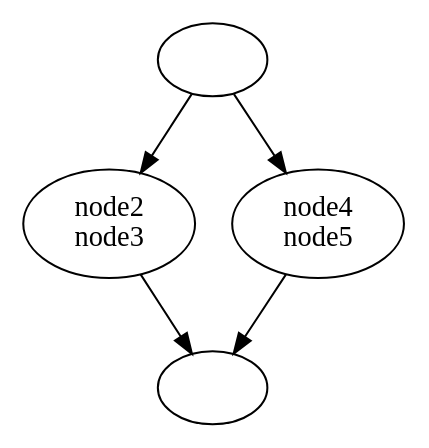
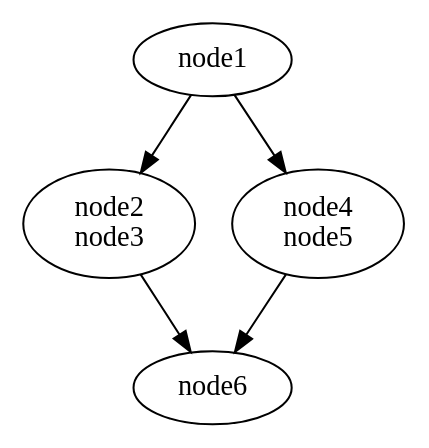
Before and after one commit to GSI-CS-CO/bel_projects: the diagram in modules/ftm/doc/ReplaceChainByVertex/parallel2x2-compact.dot, drawn with Graphviz. The commit also changed 4 other files, not shown here.

```diff
--- a/modules/ftm/doc/ReplaceChainByVertex/parallel2x2-compact.dot
+++ b/modules/ftm/doc/ReplaceChainByVertex/parallel2x2-compact.dot
@@ -1,18 +1,18 @@
 digraph G {
 graph [
 _draw_=""
 bb=""
 name="parallel2x2-compact"
 xdotversion=""
 ]
-0 [_draw_="", _hdraw_="", _ldraw_="", beamin="", beamproc="", bpcstart="", bpentry="", bpexit="", bpid="", clear="", dst="", evtno="", fid="", gid="", height="", id="", label="", ovr="", par="", patentry="", patexit="", pattern="", pos="", prio="", qhi="", qil="", qlo="", reps="", reqnobeam="", res="", sid="", tabs="", target="", tef="", toffs="", tperiod="", tvalid="", twait="", type="", vacc="", wabs="", width=""];
-1 [_draw_="", _hdraw_="", _ldraw_="", beamin="", beamproc="", bpcstart="", bpentry="", bpexit="", bpid="", clear="", dst="", evtno="", fid="", gid="", height="", id="", label="", ovr="", par="", patentry="", patexit="", pattern="", pos="", prio="", qhi="", qil="", qlo="", reps="", reqnobeam="", res="", sid="", tabs="", target="", tef="", toffs="", tperiod="", tvalid="", twait="", type="", vacc="", wabs="", width=""];
-2 [_draw_="", _hdraw_="", _ldraw_="", beamin="", beamproc="", bpcstart="", bpentry="", bpexit="", bpid="", clear="", dst="", evtno="", fid="", gid="", height="", id="", label="node2
-node3", ovr="", par="", patentry="", patexit="", pattern="", pos="", prio="", qhi="", qil="", qlo="", reps="", reqnobeam="", res="", sid="", tabs="", target="", tef="", toffs="", tperiod="", tvalid="", twait="", type="", vacc="", wabs="", width=""];
-3 [_draw_="", _hdraw_="", _ldraw_="", beamin="", beamproc="", bpcstart="", bpentry="", bpexit="", bpid="", clear="", dst="", evtno="", fid="", gid="", height="", id="", label="node4
-node5", ovr="", par="", patentry="", patexit="", pattern="", pos="", prio="", qhi="", qil="", qlo="", reps="", reqnobeam="", res="", sid="", tabs="", target="", tef="", toffs="", tperiod="", tvalid="", twait="", type="", vacc="", wabs="", width=""];
-0->2  [_draw_="", _hdraw_="", pos="", type=""];
-2->1  [_draw_="", _hdraw_="", pos="", type=""];
-0->3  [_draw_="", _hdraw_="", pos="", type=""];
-3->1  [_draw_="", _hdraw_="", pos="", type=""];
+0 [_draw_="", _hdraw_="", _ldraw_="", beamin="", beamproc="", bpcstart="", bpentry="", bpexit="", bpid="", clear="", color="", dst="", evtno="", fid="", fillcolor="", gid="", height="", id="", label=node1, ovr="", par="", patentry="", patexit="", pattern="", penwidth="", pos="", prio="", qhi="", qil="", qlo="", reps="", reqnobeam="", res="", shape="", sid="", style="", tabs="", target="", tef="", toffs="", tperiod="", tvalid="", twait="", type="", vacc="", wabs="", width=""];
+1 [_draw_="", _hdraw_="", _ldraw_="", beamin="", beamproc="", bpcstart="", bpentry="", bpexit="", bpid="", clear="", color="", dst="", evtno="", fid="", fillcolor="", gid="", height="", id="", label=node6, ovr="", par="", patentry="", patexit="", pattern="", penwidth="", pos="", prio="", qhi="", qil="", qlo="", reps="", reqnobeam="", res="", shape="", sid="", style="", tabs="", target="", tef="", toffs="", tperiod="", tvalid="", twait="", type="", vacc="", wabs="", width=""];
+2 [_draw_="", _hdraw_="", _ldraw_="", beamin="", beamproc="", bpcstart="", bpentry="", bpexit="", bpid="", clear="", color="", dst="", evtno="", fid="", fillcolor="", gid="", height="", id="", label="node2
+node3", ovr="", par="", patentry="", patexit="", pattern="", penwidth="", pos="", prio="", qhi="", qil="", qlo="", reps="", reqnobeam="", res="", shape="", sid="", style="", tabs="", target="", tef="", toffs="", tperiod="", tvalid="", twait="", type="", vacc="", wabs="", width=""];
+3 [_draw_="", _hdraw_="", _ldraw_="", beamin="", beamproc="", bpcstart="", bpentry="", bpexit="", bpid="", clear="", color="", dst="", evtno="", fid="", fillcolor="", gid="", height="", id="", label="node4
+node5", ovr="", par="", patentry="", patexit="", pattern="", penwidth="", pos="", prio="", qhi="", qil="", qlo="", reps="", reqnobeam="", res="", shape="", sid="", style="", tabs="", target="", tef="", toffs="", tperiod="", tvalid="", twait="", type="", vacc="", wabs="", width=""];
+0->2  [_draw_="", _hdraw_="", color="", pos="", type=""];
+2->1  [_draw_="", _hdraw_="", color="", pos="", type=""];
+0->3  [_draw_="", _hdraw_="", color="", pos="", type=""];
+3->1  [_draw_="", _hdraw_="", color="", pos="", type=""];
 }
```
